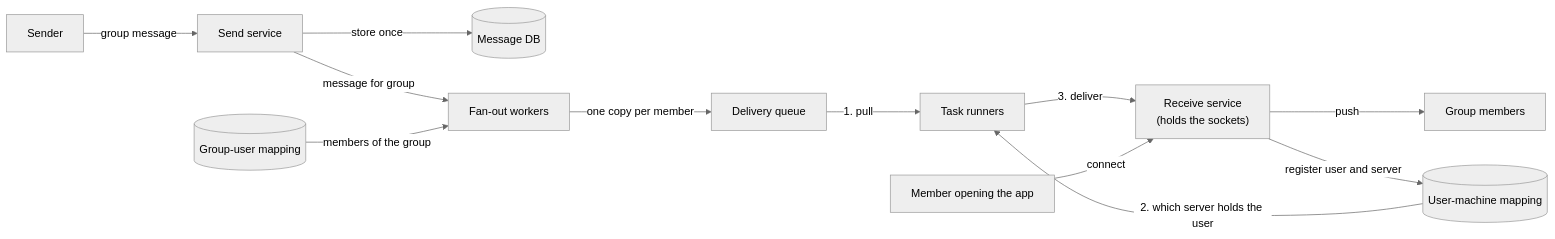
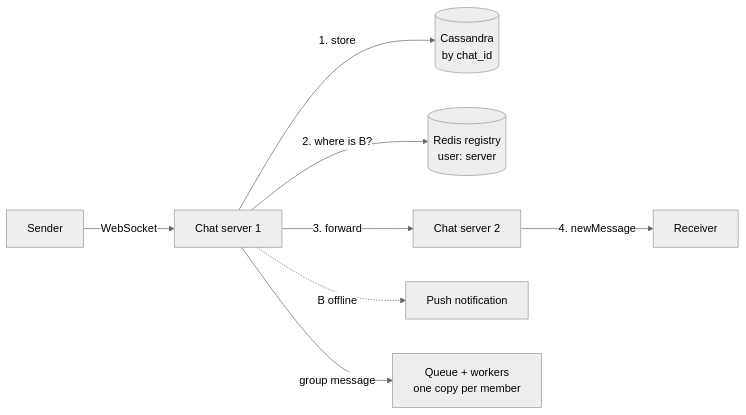
One commit to aaryan-pradhan/core-cs-fundamentals changed the second of 2 diagrams in hld/26-whatsapp.md. Above: the diagram before and after it, drawn with Mermaid (neutral theme). The commit also changed other lines of this file, not shown here.

Commit message:
Rewrite WhatsApp design with the 7 steps

````diff
--- a/hld/26-whatsapp.md
+++ b/hld/26-whatsapp.md
@@ -118,14 +85,10 @@
 ```mermaid
 flowchart LR
-    S["Sender"] -->|"group message"| SS["Send service"]
-    SS -->|"store once"| DB[("Message DB")]
-    SS -->|"message for group"| FW["Fan-out workers"]
-    GU[("Group-user mapping")] -->|"members of the group"| FW
-    FW -->|"one copy per member"| Q["Delivery queue"]
-    Q -->|"1. pull"| TR["Task runners"]
-    UM[("User-machine mapping")] -->|"2. which server holds the user"| TR
-    TR -->|"3. deliver"| RS["Receive service<br/>(holds the sockets)"]
-    RS -->|"push"| M["Group members"]
-    E["Member opening the app"] -->|"connect"| RS
-    RS -->|"register user and server"| UM
+    A["Sender"] -->|"WebSocket"| CS1["Chat server 1"]
+    CS1 -->|"1. store"| DB[("Cassandra<br/>by chat_id")]
+    CS1 -->|"2. where is B?"| REG[("Redis registry<br/>user: server")]
+    CS1 -->|"3. forward"| CS2["Chat server 2"]
+    CS2 -->|"4. newMessage"| B["Receiver"]
+    CS1 -.->|"B offline"| PN["Push notification"]
+    CS1 -->|"group message"| Q["Queue + workers<br/>one copy per member"]
 ```
````
